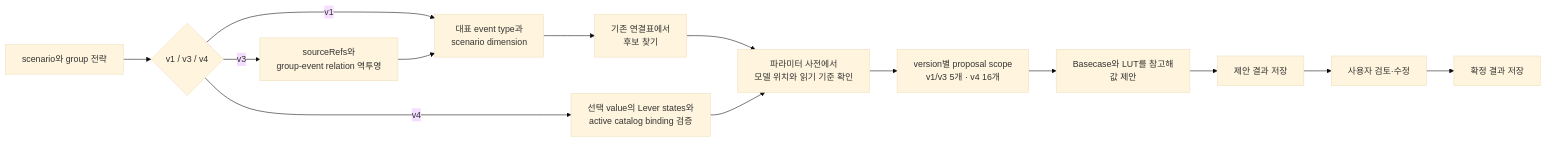
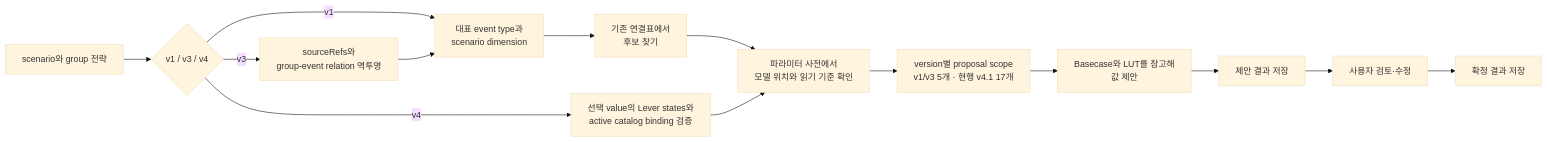
Before and after one commit to enkhbaatarL/skmip-mi-agent: the first of 2 diagrams in docs/agents/model_parameter_agent/03_MODEL_PARAMETER_AGENT_DB_SPEC.md, drawn with Mermaid (base theme). The commit also changed other lines of this file and 51 other files, not shown here.

````diff
--- a/docs/agents/model_parameter_agent/03_MODEL_PARAMETER_AGENT_DB_SPEC.md
+++ b/docs/agents/model_parameter_agent/03_MODEL_PARAMETER_AGENT_DB_SPEC.md
@@ -41,16 +40,16 @@
 ```mermaid
 flowchart LR
     A[scenario와 group 전략] --> V{v1 / v3 / v4}
     V -->|v1| B[대표 event type과\nscenario dimension]
     V -->|v3| R[sourceRefs와\ngroup-event relation 역투영]
     R --> B
     B --> C[기존 연결표에서\n후보 찾기]
     V -->|v4| L[선택 value의 Lever states와\nactive catalog binding 검증]
     C --> D[파라미터 사전에서\n모델 위치와 읽기 기준 확인]
     L --> D
-    D --> P[version별 proposal scope\nv1/v3 5개 · v4 16개]
+    D --> P[version별 proposal scope\nv1/v3 5개 · 현행 v4.1 17개]
     P --> E[Basecase와 LUT를 참고해\n값 제안]
     E --> F[제안 결과 저장]
     F --> G[사용자 검토·수정]
     G --> H[확정 결과 저장]
 ```
````
